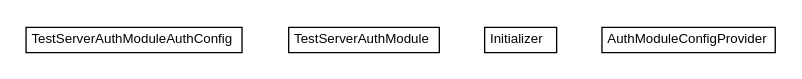
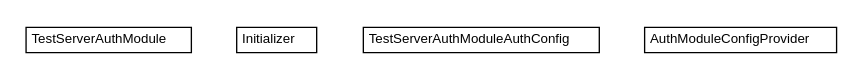
Before and after one commit to trajano/jaspic-tester: the diagram in apidocs/net/trajano/auth/net.trajano.auth.dot, drawn with Graphviz. The commit also changed 109 other files, not shown here.

```diff
--- a/apidocs/net/trajano/auth/net.trajano.auth.dot
+++ b/apidocs/net/trajano/auth/net.trajano.auth.dot
@@ -1,36 +1,36 @@
 #!/usr/local/bin/dot
 #
 # Class diagram 
 # Generated by UMLGraph version R5_6-24-gf6e263 (http://www.umlgraph.org/)
 #
 
 digraph G {
-	edge [fontname="arial",fontsize=10,labelfontname="arial",labelfontsize=10];
-	node [fontname="arial",fontsize=10,shape=plaintext];
+	edge [fontname="Helvetica",fontsize=10,labelfontname="Helvetica",labelfontsize=10];
+	node [fontname="Helvetica",fontsize=10,shape=plaintext];
 	nodesep=0.25;
 	ranksep=0.5;
+	// net.trajano.auth.TestServerAuthModule
+	c0 [label=<<table title="net.trajano.auth.TestServerAuthModule" border="0" cellborder="1" cellspacing="0" cellpadding="2" port="p" href="./TestServerAuthModule.html">
+		<tr><td><table border="0" cellspacing="0" cellpadding="1">
+<tr><td align="center" balign="center"> TestServerAuthModule </td></tr>
+		</table></td></tr>
+		</table>>, URL="./TestServerAuthModule.html", fontname="Helvetica", fontcolor="black", fontsize=10.0];
+	// net.trajano.auth.Initializer
+	c1 [label=<<table title="net.trajano.auth.Initializer" border="0" cellborder="1" cellspacing="0" cellpadding="2" port="p" href="./Initializer.html">
+		<tr><td><table border="0" cellspacing="0" cellpadding="1">
+<tr><td align="center" balign="center"> Initializer </td></tr>
+		</table></td></tr>
+		</table>>, URL="./Initializer.html", fontname="Helvetica", fontcolor="black", fontsize=10.0];
 	// net.trajano.auth.TestServerAuthModuleAuthConfig
-	c0 [label=<<table title="net.trajano.auth.TestServerAuthModuleAuthConfig" border="0" cellborder="1" cellspacing="0" cellpadding="2" port="p" href="./TestServerAuthModuleAuthConfig.html">
+	c2 [label=<<table title="net.trajano.auth.TestServerAuthModuleAuthConfig" border="0" cellborder="1" cellspacing="0" cellpadding="2" port="p" href="./TestServerAuthModuleAuthConfig.html">
 		<tr><td><table border="0" cellspacing="0" cellpadding="1">
 <tr><td align="center" balign="center"> TestServerAuthModuleAuthConfig </td></tr>
 		</table></td></tr>
-		</table>>, URL="./TestServerAuthModuleAuthConfig.html", fontname="arial", fontcolor="black", fontsize=10.0];
-	// net.trajano.auth.TestServerAuthModule
-	c1 [label=<<table title="net.trajano.auth.TestServerAuthModule" border="0" cellborder="1" cellspacing="0" cellpadding="2" port="p" href="./TestServerAuthModule.html">
-		<tr><td><table border="0" cellspacing="0" cellpadding="1">
-<tr><td align="center" balign="center"> TestServerAuthModule </td></tr>
-		</table></td></tr>
-		</table>>, URL="./TestServerAuthModule.html", fontname="arial", fontcolor="black", fontsize=10.0];
-	// net.trajano.auth.Initializer
-	c2 [label=<<table title="net.trajano.auth.Initializer" border="0" cellborder="1" cellspacing="0" cellpadding="2" port="p" href="./Initializer.html">
-		<tr><td><table border="0" cellspacing="0" cellpadding="1">
-<tr><td align="center" balign="center"> Initializer </td></tr>
-		</table></td></tr>
-		</table>>, URL="./Initializer.html", fontname="arial", fontcolor="black", fontsize=10.0];
+		</table>>, URL="./TestServerAuthModuleAuthConfig.html", fontname="Helvetica", fontcolor="black", fontsize=10.0];
 	// net.trajano.auth.AuthModuleConfigProvider
 	c3 [label=<<table title="net.trajano.auth.AuthModuleConfigProvider" border="0" cellborder="1" cellspacing="0" cellpadding="2" port="p" href="./AuthModuleConfigProvider.html">
 		<tr><td><table border="0" cellspacing="0" cellpadding="1">
 <tr><td align="center" balign="center"> AuthModuleConfigProvider </td></tr>
 		</table></td></tr>
-		</table>>, URL="./AuthModuleConfigProvider.html", fontname="arial", fontcolor="black", fontsize=10.0];
+		</table>>, URL="./AuthModuleConfigProvider.html", fontname="Helvetica", fontcolor="black", fontsize=10.0];
 }
```
